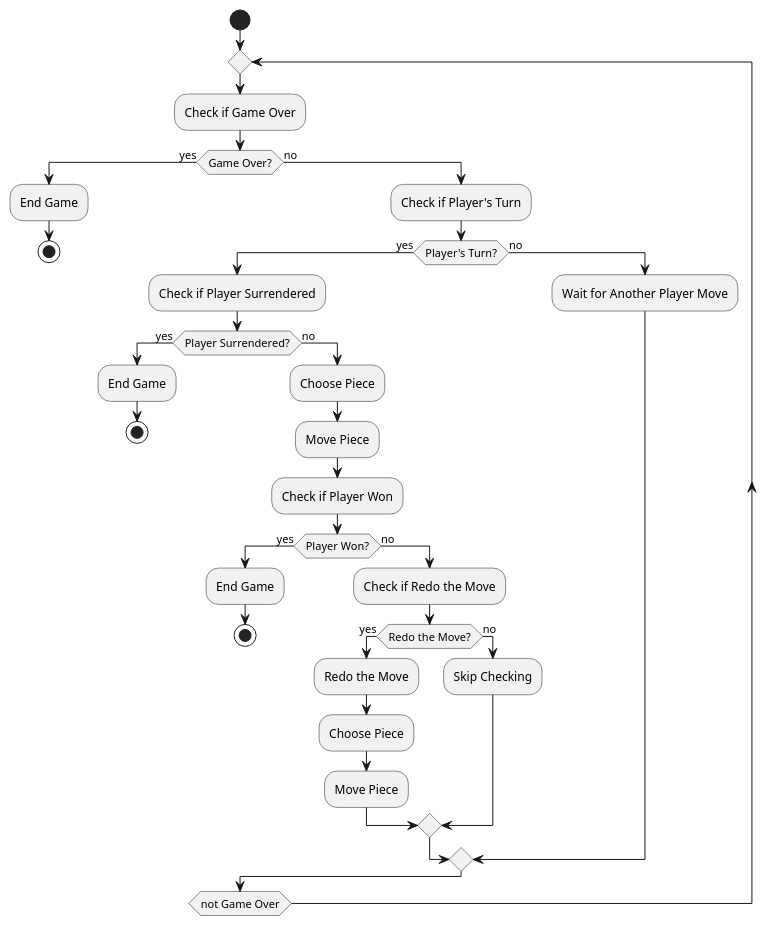
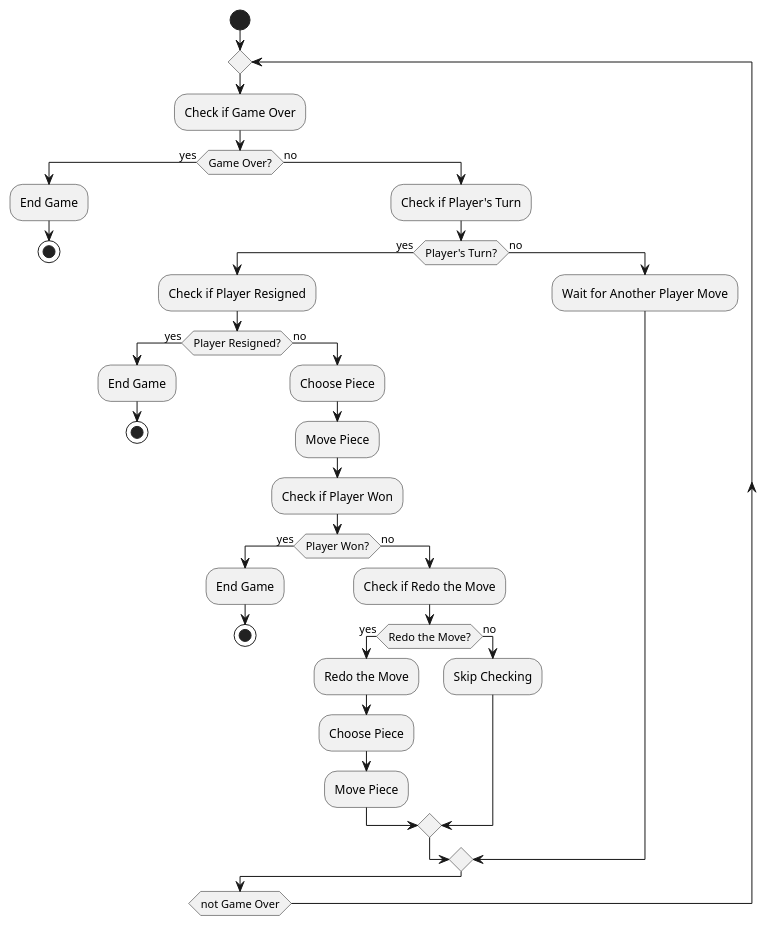
One commit to TranCongB1nh/Homework-Diagram changed the first of 2 diagrams in activityDiagram.puml. Above: the diagram before and after it, drawn with PlantUML. The commit also changed 1 other file, not shown here.

Commit message:
fix 3 diagram

```diff
--- a/activityDiagram.puml
+++ b/activityDiagram.puml
@@ -1,38 +1,38 @@
 @startuml
 start
 repeat
     :Check if Game Over;
     if (Game Over?) then (yes)
         :End Game;
         stop
     else (no)
         :Check if Player's Turn;
         if (Player's Turn?) then (yes)
-            :Check if Player Surrendered;
-            if (Player Surrendered?) then (yes)
+            :Check if Player Resigned;
+            if (Player Resigned?) then (yes)
                 :End Game;
                 stop
             else (no)
                 :Choose Piece;
                 :Move Piece;
                 :Check if Player Won;
                 if (Player Won?) then (yes)
                     :End Game;
                     stop
                 else (no)
                     :Check if Redo the Move;
                     if (Redo the Move?) then (yes)
                         :Redo the Move;
                         :Choose Piece;
                         :Move Piece;
                     else (no)
                         :Skip Checking;
                     endif
                 endif
             endif
         else (no)
             :Wait for Another Player Move;
         endif
     endif
 repeat while (not Game Over)
 @enduml
```
